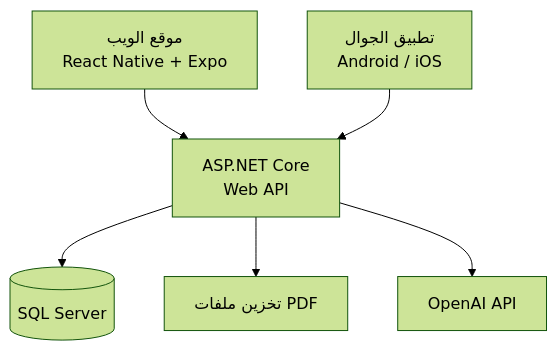
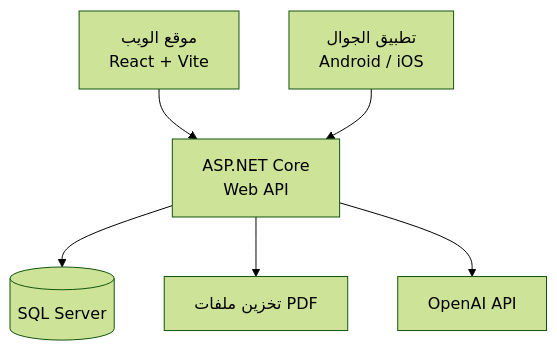
Before and after one commit to mariam2020abd-hash/StudyMate: the second of 3 diagrams in README.md, drawn with Mermaid (forest theme). The commit also changed other lines of this file and 34 other files, not shown here.

Commit message:
feat: separate React website and React Native mobile app

````diff
--- a/README.md
+++ b/README.md
@@ -99,15 +168,15 @@
 ```mermaid
 flowchart TB
-    Web[موقع الويب\nReact Native + Expo]
+    Web[موقع الويب\nReact + Vite]
     Mobile[تطبيق الجوال\nAndroid / iOS]
     API[ASP.NET Core\nWeb API]
     DB[(SQL Server)]
     Files[تخزين ملفات PDF]
     AI[OpenAI API]
 
     Web --> API
     Mobile --> API
     API --> DB
     API --> Files
     API --> AI
 ```
````
